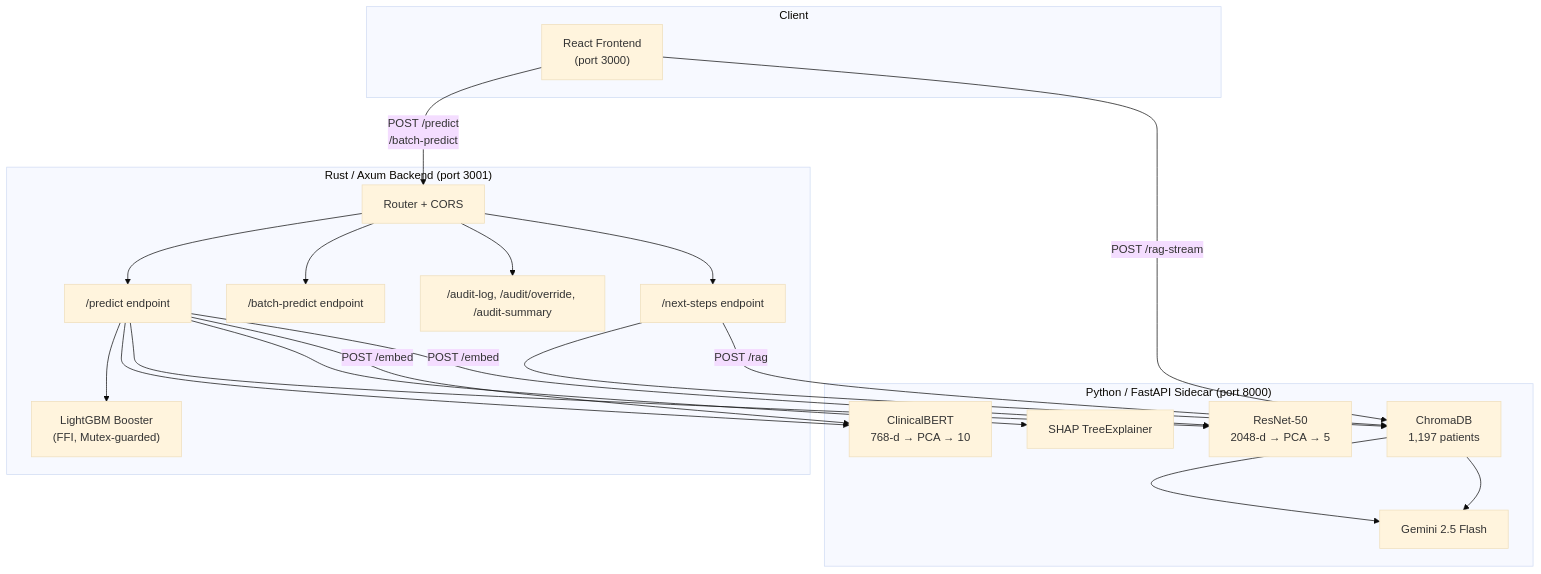
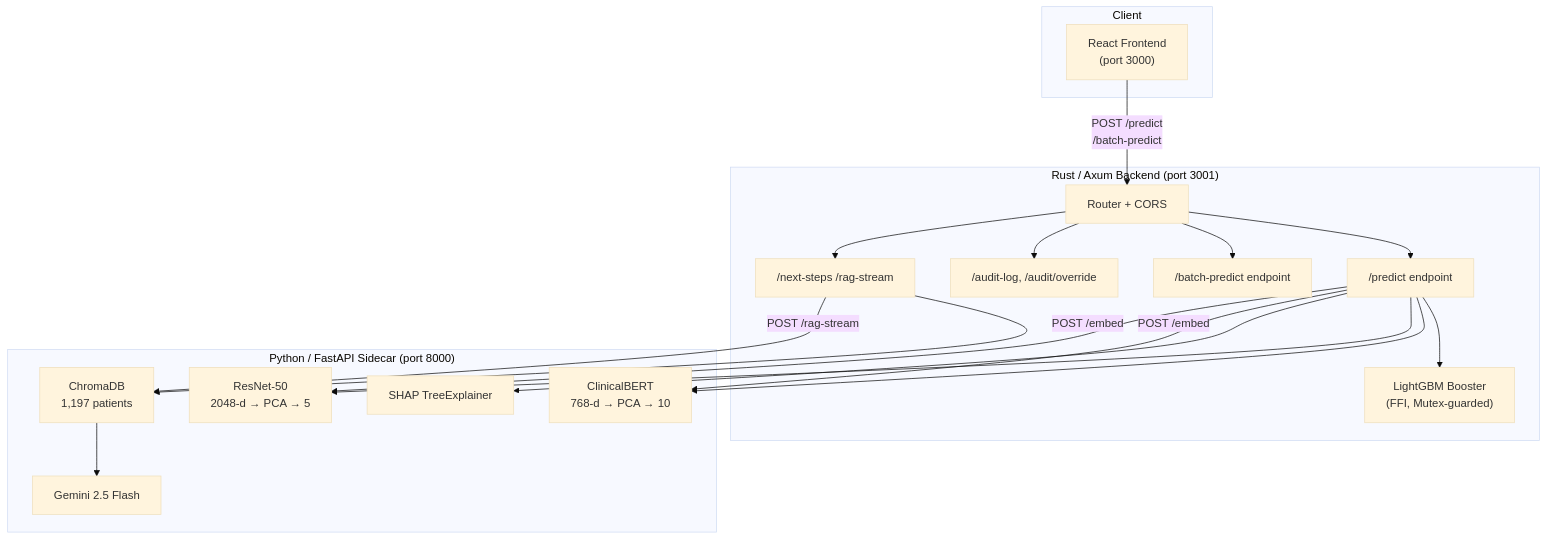
One commit to Arshgill01/Multimodal-AI-Triage-Assistant changed the first of 2 diagrams in README.md. Above: the diagram before and after it, drawn with Mermaid (base theme). The commit also changed other lines of this file, not shown here.

````diff
--- a/README.md
+++ b/README.md
@@ -191,40 +218,39 @@
 ```mermaid
 flowchart TB
     subgraph Client
         FE["React Frontend<br/>(port 3000)"]
     end
 
     subgraph Rust["Rust / Axum Backend (port 3001)"]
         Router["Router + CORS"]
         Predict["/predict endpoint"]
         Batch["/batch-predict endpoint"]
-        Audit["/audit-log, /audit/override, /audit-summary"]
-        Next["/next-steps endpoint"]
+        Audit["/audit-log, /audit/override"]
+        Next["/next-steps /rag-stream"]
         LGB["LightGBM Booster<br/>(FFI, Mutex-guarded)"]
 
         Router --> Predict
         Router --> Batch
         Router --> Audit
         Router --> Next
         Predict --> LGB
     end
 
     subgraph Python["Python / FastAPI Sidecar (port 8000)"]
         BERT["ClinicalBERT<br/>768-d → PCA → 10"]
         ResNet["ResNet-50<br/>2048-d → PCA → 5"]
         Chroma["ChromaDB<br/>1,197 patients"]
         Gemini["Gemini 2.5 Flash"]
         SHAP["SHAP TreeExplainer"]
 
         Predict --> BERT
         Predict --> ResNet
         Next --> Chroma --> Gemini
         Predict --> SHAP
     end
 
     FE -- "POST /predict<br/>/batch-predict" --> Router
     Predict -- "POST /embed" --> BERT
     Predict -- "POST /embed" --> ResNet
-    Next -- "POST /rag" --> Chroma --> Gemini
-    FE -- "POST /rag-stream" --> Chroma
+    Next -- "POST /rag-stream" --> Chroma
 ```
````
